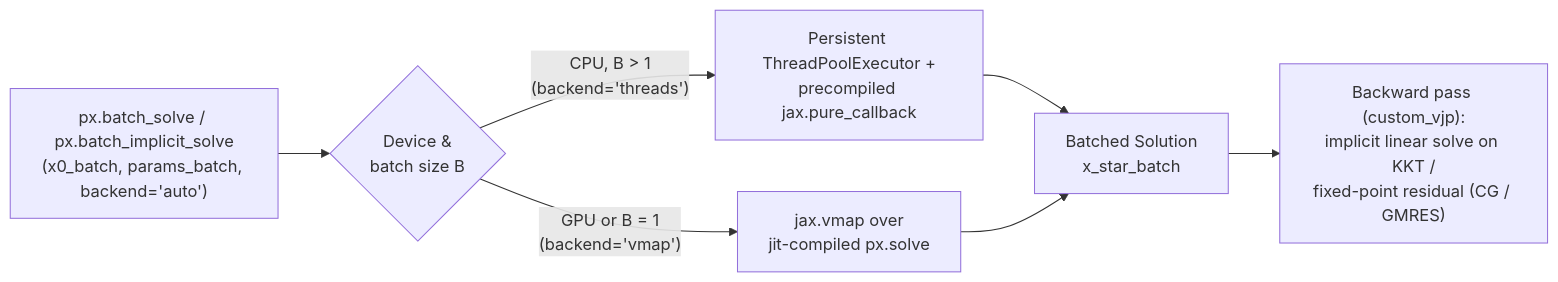
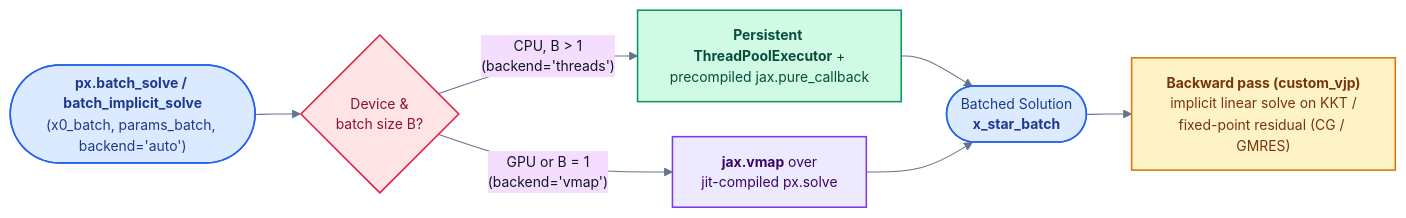
One commit to wwkong/proxax changed the fourth of 4 diagrams in docs/appendices/software_architecture.md. Above: the diagram before and after it, drawn with Mermaid. The commit also changed other lines of this file and 1 other file, not shown here.

Commit message:
Style Appendix E Mermaid architecture diagrams and framing

````diff
--- a/docs/appendices/software_architecture.md
+++ b/docs/appendices/software_architecture.md
@@ -124,10 +166,21 @@
 ```{mermaid}
+%%{init: {'theme': 'base', 'flowchart': {'curve': 'basis', 'padding': 14, 'nodeSpacing': 34, 'rankSpacing': 44}, 'themeVariables': {'fontFamily': 'Inter, system-ui, -apple-system, sans-serif', 'fontSize': '13.5px', 'lineColor': '#64748b', 'primaryTextColor': '#0f172a'}}}%%
 flowchart LR
-    B_IN["px.batch_solve / px.batch_implicit_solve<br/>(x0_batch, params_batch, backend='auto')"] --> DEV{"Device &<br/>batch size B"}
+    classDef io fill:#dbeafe,stroke:#2563eb,color:#1e3a8a,stroke-width:1.5px
+    classDef decision fill:#ffe4e6,stroke:#e11d48,color:#881337,stroke-width:1.5px
+    classDef cpu fill:#d1fae5,stroke:#059669,color:#064e3b,stroke-width:1.5px
+    classDef gpu fill:#ede9fe,stroke:#7c3aed,color:#3b0764,stroke-width:1.5px
+    classDef bwd fill:#fef3c7,stroke:#d97706,color:#78350f,stroke-width:1.5px
 
-    DEV -->|"CPU, B > 1<br/>(backend='threads')"| THR["Persistent ThreadPoolExecutor +<br/>precompiled jax.pure_callback"]
-    DEV -->|"GPU or B = 1<br/>(backend='vmap')"| VMAP["jax.vmap over<br/>jit-compiled px.solve"]
+    B_IN(["<b>px.batch_solve / batch_implicit_solve</b><br/>(x0_batch, params_batch, backend='auto')"]):::io
+    DEV{"Device &<br/>batch size B?"}:::decision
+    THR["<b>Persistent ThreadPoolExecutor</b> +<br/>precompiled jax.pure_callback"]:::cpu
+    VMAP["<b>jax.vmap</b> over<br/>jit-compiled px.solve"]:::gpu
+    FWD(["Batched Solution<br/><b>x_star_batch</b>"]):::io
+    BWD["<b>Backward pass (custom_vjp)</b><br/>implicit linear solve on KKT /<br/>fixed-point residual (CG / GMRES)"]:::bwd
 
-    THR & VMAP --> FWD["Batched Solution<br/>x_star_batch"]
-    FWD --> BWD["Backward pass (custom_vjp):<br/>implicit linear solve on KKT /<br/>fixed-point residual (CG / GMRES)"]
+    B_IN --> DEV
+    DEV -->|"CPU, B > 1<br/>(backend='threads')"| THR --> FWD
+    DEV -->|"GPU or B = 1<br/>(backend='vmap')"| VMAP --> FWD
+    FWD --> BWD
 ```
````
